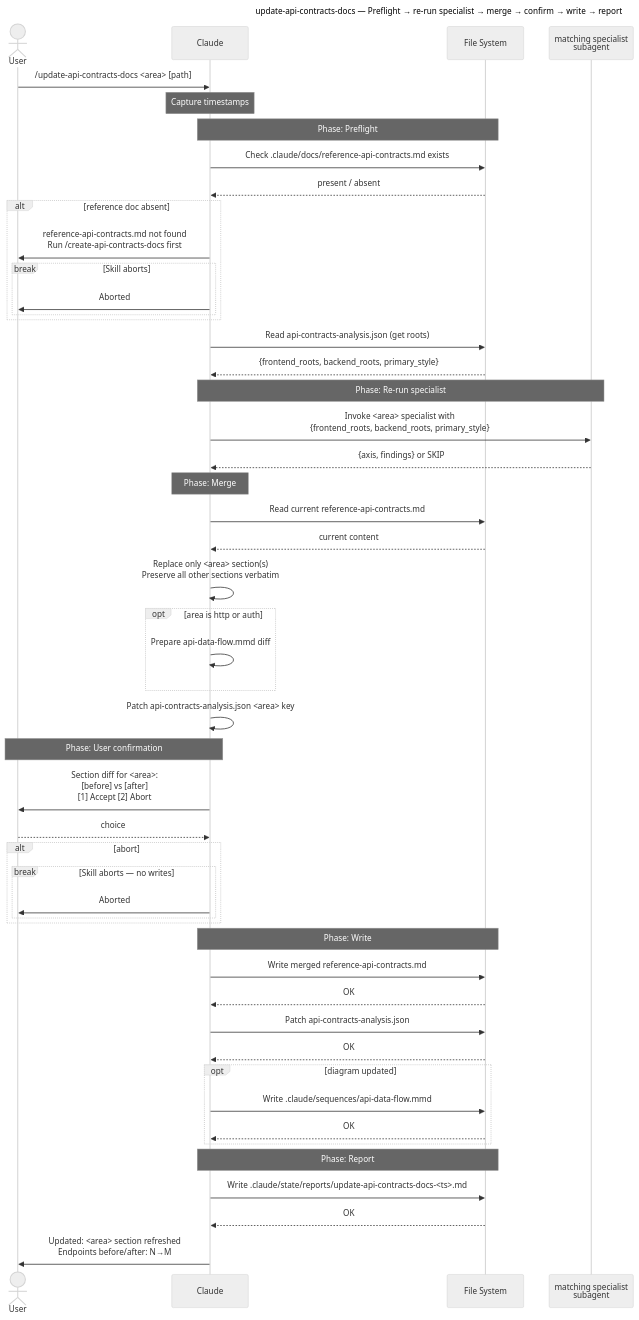
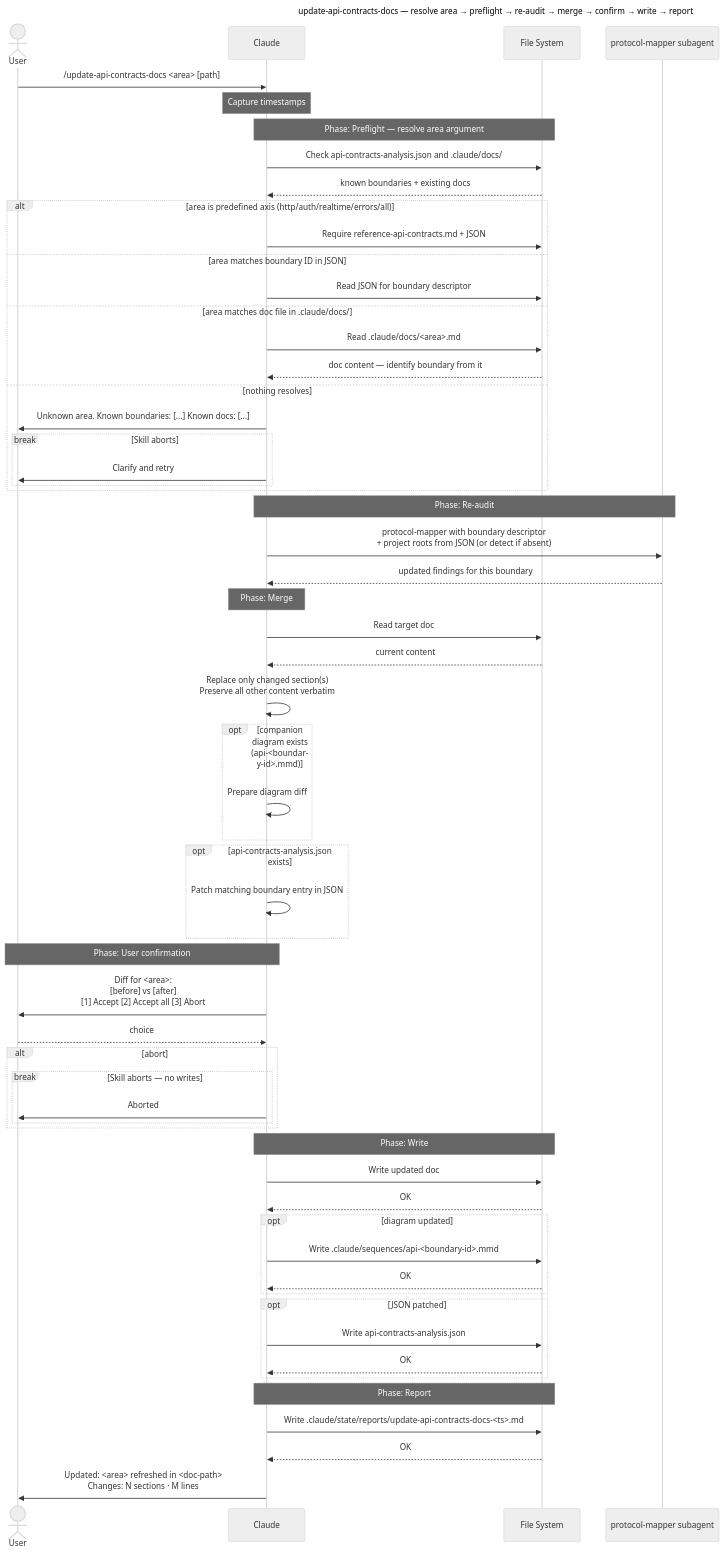
One commit to max200pl/claude-docs-creator-plugin changed the diagram in sequences/update-api-contracts-docs.mmd. Above: the diagram before and after it, drawn with Mermaid. The commit also changed 5 other files, not shown here.

First line of the commit message:
Sync from private @ 3e21b22: fix: make update-api-contracts-docs accept any doc name or boundary ID

```diff
--- a/sequences/update-api-contracts-docs.mmd
+++ b/sequences/update-api-contracts-docs.mmd
@@ -1,62 +1,71 @@
 ---
-title: "update-api-contracts-docs — Preflight → re-run specialist → merge → confirm → write → report"
+title: "update-api-contracts-docs — resolve area → preflight → re-audit → merge → confirm → write → report"
 ---
 %%{init: {'theme': 'neutral'}}%%
 sequenceDiagram
     actor User
     participant Claude
     participant FS as File System
-    participant SP as matching specialist<br/>subagent
+    participant PM as protocol-mapper subagent
 
     User->>Claude: /update-api-contracts-docs <area> [path]
 
     note over Claude: Capture timestamps
 
-    note over Claude,FS: Phase: Preflight
-    Claude->>FS: Check .claude/docs/reference-api-contracts.md exists
-    FS-->>Claude: present / absent
-    alt reference doc absent
-        Claude->>User: reference-api-contracts.md not found<br/>Run /create-api-contracts-docs first
+    note over Claude,FS: Phase: Preflight — resolve area argument
+    Claude->>FS: Check api-contracts-analysis.json and .claude/docs/
+    FS-->>Claude: known boundaries + existing docs
+    alt area is predefined axis (http/auth/realtime/errors/all)
+        Claude->>FS: Require reference-api-contracts.md + JSON
+    else area matches boundary ID in JSON
+        Claude->>FS: Read JSON for boundary descriptor
+    else area matches doc file in .claude/docs/
+        Claude->>FS: Read .claude/docs/<area>.md
+        FS-->>Claude: doc content — identify boundary from it
+    else nothing resolves
+        Claude->>User: Unknown area. Known boundaries: [...] Known docs: [...]
         break Skill aborts
-            Claude->>User: Aborted
+            Claude->>User: Clarify and retry
         end
     end
-    Claude->>FS: Read api-contracts-analysis.json (get roots)
-    FS-->>Claude: {frontend_roots, backend_roots, primary_style}
 
-    note over Claude,SP: Phase: Re-run specialist
-    Claude->>SP: Invoke <area> specialist with<br/>{frontend_roots, backend_roots, primary_style}
-    SP-->>Claude: {axis, findings} or SKIP
+    note over Claude,PM: Phase: Re-audit
+    Claude->>PM: protocol-mapper with boundary descriptor<br/>+ project roots from JSON (or detect if absent)
+    PM-->>Claude: updated findings for this boundary
 
     note over Claude: Phase: Merge
-    Claude->>FS: Read current reference-api-contracts.md
+    Claude->>FS: Read target doc
     FS-->>Claude: current content
-    Claude->>Claude: Replace only <area> section(s)<br/>Preserve all other sections verbatim
-    opt area is http or auth
-        Claude->>Claude: Prepare api-data-flow.mmd diff
+    Claude->>Claude: Replace only changed section(s)<br/>Preserve all other content verbatim
+    opt companion diagram exists (api-<boundary-id>.mmd)
+        Claude->>Claude: Prepare diagram diff
     end
-    Claude->>Claude: Patch api-contracts-analysis.json <area> key
+    opt api-contracts-analysis.json exists
+        Claude->>Claude: Patch matching boundary entry in JSON
+    end
 
     note over Claude,User: Phase: User confirmation
-    Claude->>User: Section diff for <area>:<br/>[before] vs [after]<br/>[1] Accept [2] Abort
+    Claude->>User: Diff for <area>:<br/>[before] vs [after]<br/>[1] Accept [2] Accept all [3] Abort
     User-->>Claude: choice
     alt abort
         break Skill aborts — no writes
             Claude->>User: Aborted
         end
     end
 
     note over Claude,FS: Phase: Write
-    Claude->>FS: Write merged reference-api-contracts.md
-    FS-->>Claude: OK
-    Claude->>FS: Patch api-contracts-analysis.json
+    Claude->>FS: Write updated doc
     FS-->>Claude: OK
     opt diagram updated
-        Claude->>FS: Write .claude/sequences/api-data-flow.mmd
+        Claude->>FS: Write .claude/sequences/api-<boundary-id>.mmd
+        FS-->>Claude: OK
+    end
+    opt JSON patched
+        Claude->>FS: Write api-contracts-analysis.json
         FS-->>Claude: OK
     end
 
     note over Claude,FS: Phase: Report
     Claude->>FS: Write .claude/state/reports/update-api-contracts-docs-<ts>.md
     FS-->>Claude: OK
-    Claude->>User: Updated: <area> section refreshed<br/>Endpoints before/after: N→M
+    Claude->>User: Updated: <area> refreshed in <doc-path><br/>Changes: N sections · M lines
```
